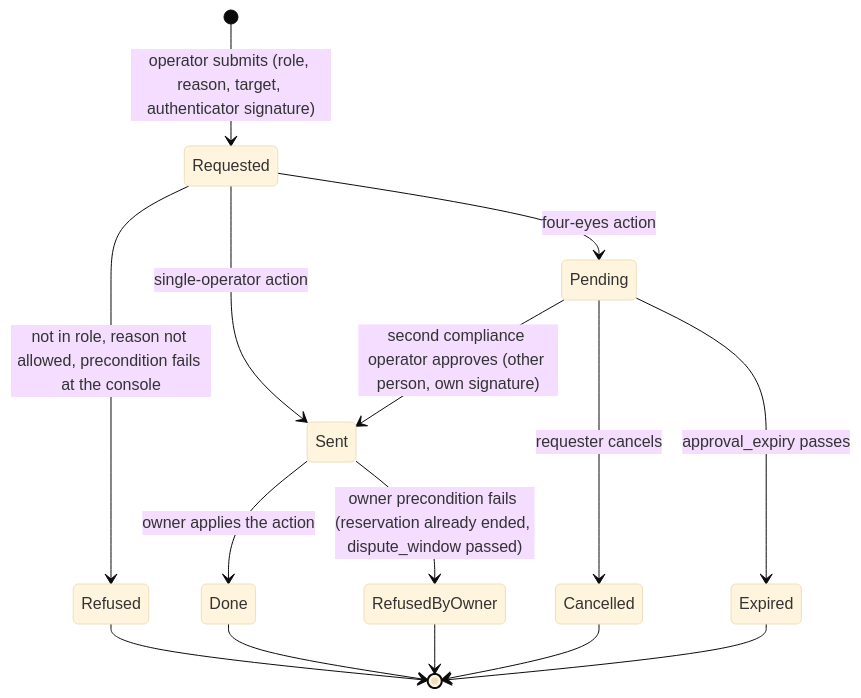
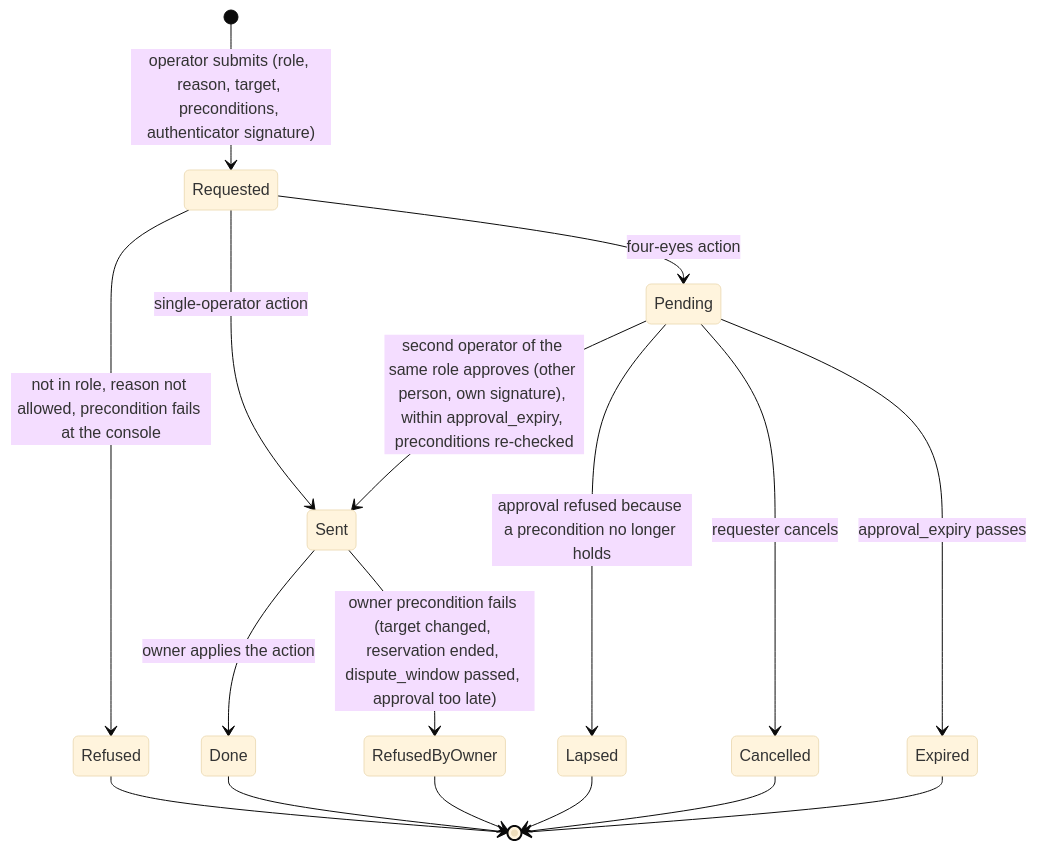
One commit to tgenov/bandwidth-reservations changed the diagram in docs/03-rfcs/RFC-005-security-and-tenancy.md. Above: the diagram before and after it, drawn with Mermaid (base theme). The commit also changed other lines of this file and 5 other files, not shown here.

````diff
--- a/docs/03-rfcs/RFC-005-security-and-tenancy.md
+++ b/docs/03-rfcs/RFC-005-security-and-tenancy.md
@@ -490,17 +716,19 @@
 ```mermaid
 stateDiagram-v2
-  [*] --> Requested: operator submits (role, reason, target, authenticator signature)
+  [*] --> Requested: operator submits (role, reason, target, preconditions, authenticator signature)
   Requested --> Refused: not in role, reason not allowed, precondition fails at the console
   Requested --> Pending: four-eyes action
   Requested --> Sent: single-operator action
-  Pending --> Sent: second compliance operator approves (other person, own signature)
+  Pending --> Sent: second operator of the same role approves (other person, own signature), within approval_expiry, preconditions re-checked
+  Pending --> Lapsed: approval refused because a precondition no longer holds
   Pending --> Cancelled: requester cancels
   Pending --> Expired: approval_expiry passes
   Sent --> Done: owner applies the action
-  Sent --> RefusedByOwner: owner precondition fails (reservation already ended, dispute_window passed)
+  Sent --> RefusedByOwner: owner precondition fails (target changed, reservation ended, dispute_window passed, approval too late)
   Refused --> [*]
   Done --> [*]
   RefusedByOwner --> [*]
+  Lapsed --> [*]
   Cancelled --> [*]
   Expired --> [*]
 ```
````
